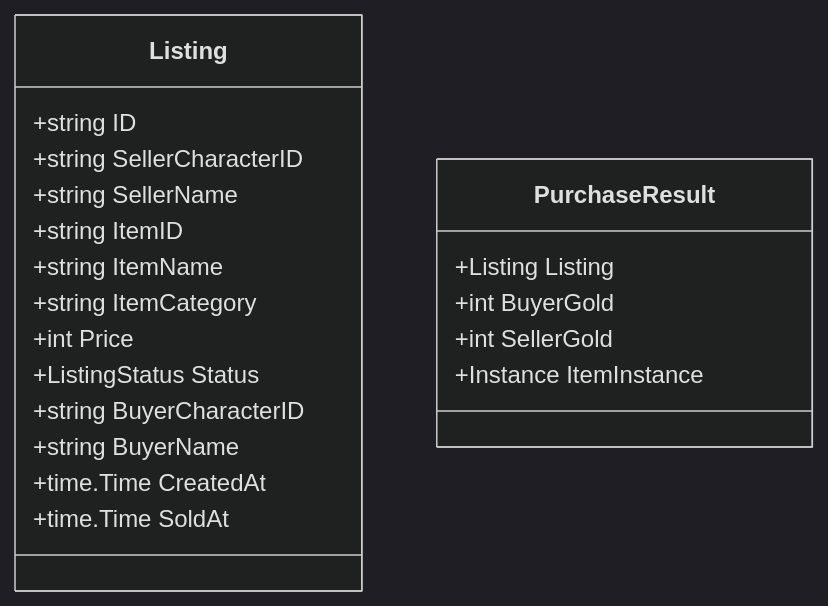
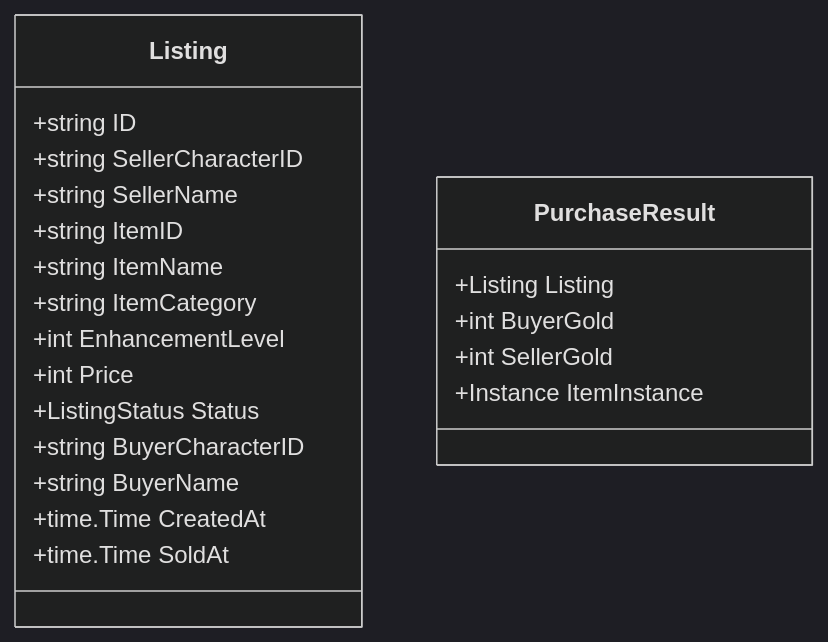
One commit to witchcraze/party2re changed the diagram in docs/design/fleamarket.md. Above: the diagram before and after it, drawn with Mermaid (dark theme). The commit also changed other lines of this file and 33 other files, not shown here.

````diff
--- a/docs/design/fleamarket.md
+++ b/docs/design/fleamarket.md
@@ -23,24 +35,25 @@
 ```mermaid
 classDiagram
     class Listing {
         +string ID
         +string SellerCharacterID
         +string SellerName
         +string ItemID
         +string ItemName
         +string ItemCategory
+        +int EnhancementLevel
         +int Price
         +ListingStatus Status
         +string BuyerCharacterID
         +string BuyerName
         +time.Time CreatedAt
         +time.Time SoldAt
     }
 
     class PurchaseResult {
         +Listing Listing
         +int BuyerGold
         +int SellerGold
         +Instance ItemInstance
     }
 ```
````
